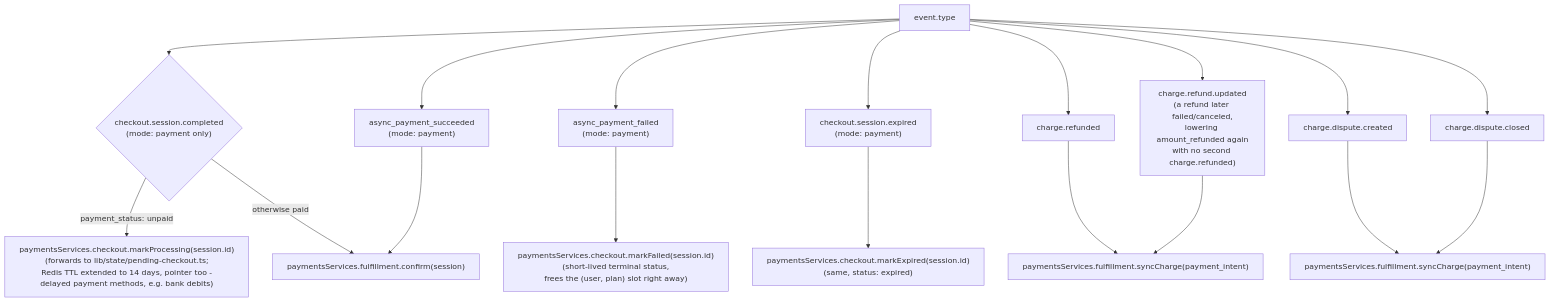
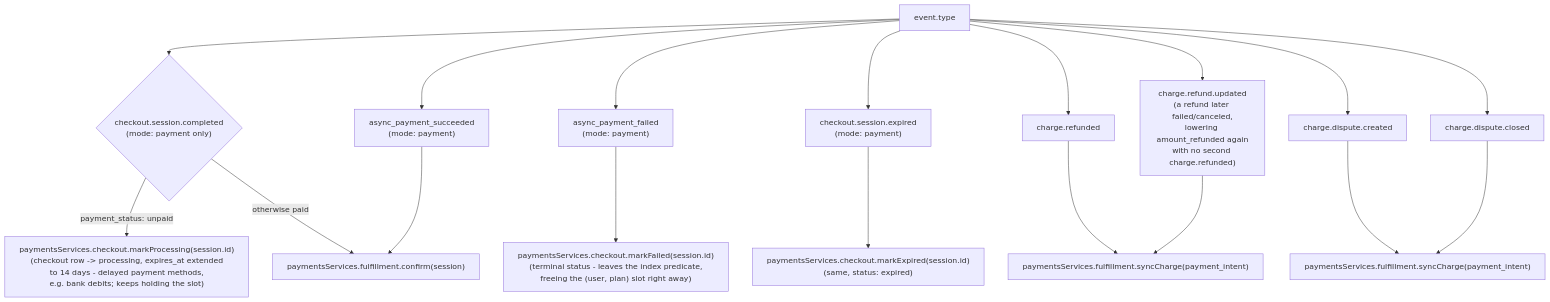
Before and after one commit to FranciscoAVD/backend: the fourth of 9 diagrams in src/features/payments/CONTROL_FLOW.md, drawn with Mermaid. The commit also changed other lines of this file and 24 other files, not shown here.

````diff
--- a/src/features/payments/CONTROL_FLOW.md
+++ b/src/features/payments/CONTROL_FLOW.md
@@ -252,15 +294,15 @@
 ```mermaid
 flowchart TD
     E["event.type"] --> CSC{"checkout.session.completed\n(mode: payment only)"}
-    CSC -- payment_status: unpaid --> MarkProcessing["paymentsServices.checkout.markProcessing(session.id)\n(forwards to lib/state/pending-checkout.ts;\nRedis TTL extended to 14 days, pointer too -\ndelayed payment methods, e.g. bank debits)"]
+    CSC -- payment_status: unpaid --> MarkProcessing["paymentsServices.checkout.markProcessing(session.id)\n(checkout row -> processing, expires_at extended\nto 14 days - delayed payment methods,\ne.g. bank debits; keeps holding the slot)"]
     CSC -- otherwise paid --> Confirm["paymentsServices.fulfillment.confirm(session)"]
 
     E --> APS["async_payment_succeeded\n(mode: payment)"] --> Confirm
-    E --> APF["async_payment_failed\n(mode: payment)"] --> MarkFailed["paymentsServices.checkout.markFailed(session.id)\n(short-lived terminal status,\nfrees the (user, plan) slot right away)"]
+    E --> APF["async_payment_failed\n(mode: payment)"] --> MarkFailed["paymentsServices.checkout.markFailed(session.id)\n(terminal status - leaves the index predicate,\nfreeing the (user, plan) slot right away)"]
     E --> Exp["checkout.session.expired\n(mode: payment)"] --> MarkExpired["paymentsServices.checkout.markExpired(session.id)\n(same, status: expired)"]
 
     E --> Ref["charge.refunded"] --> SyncCharge1["paymentsServices.fulfillment.syncCharge(payment_intent)"]
     E --> RefU["charge.refund.updated\n(a refund later failed/canceled,\nlowering amount_refunded again\nwith no second charge.refunded)"] --> SyncCharge1
     E --> DispC["charge.dispute.created"] --> SyncCharge2["paymentsServices.fulfillment.syncCharge(payment_intent)"]
     E --> DispX["charge.dispute.closed"] --> SyncCharge2
 ```
````
